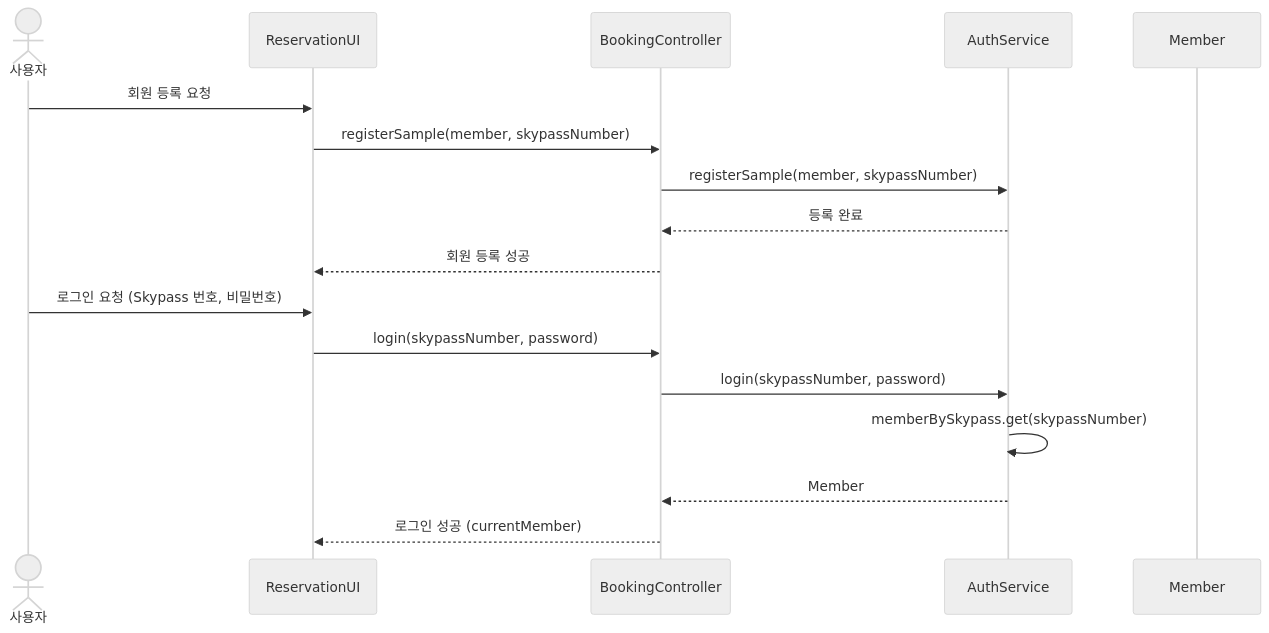
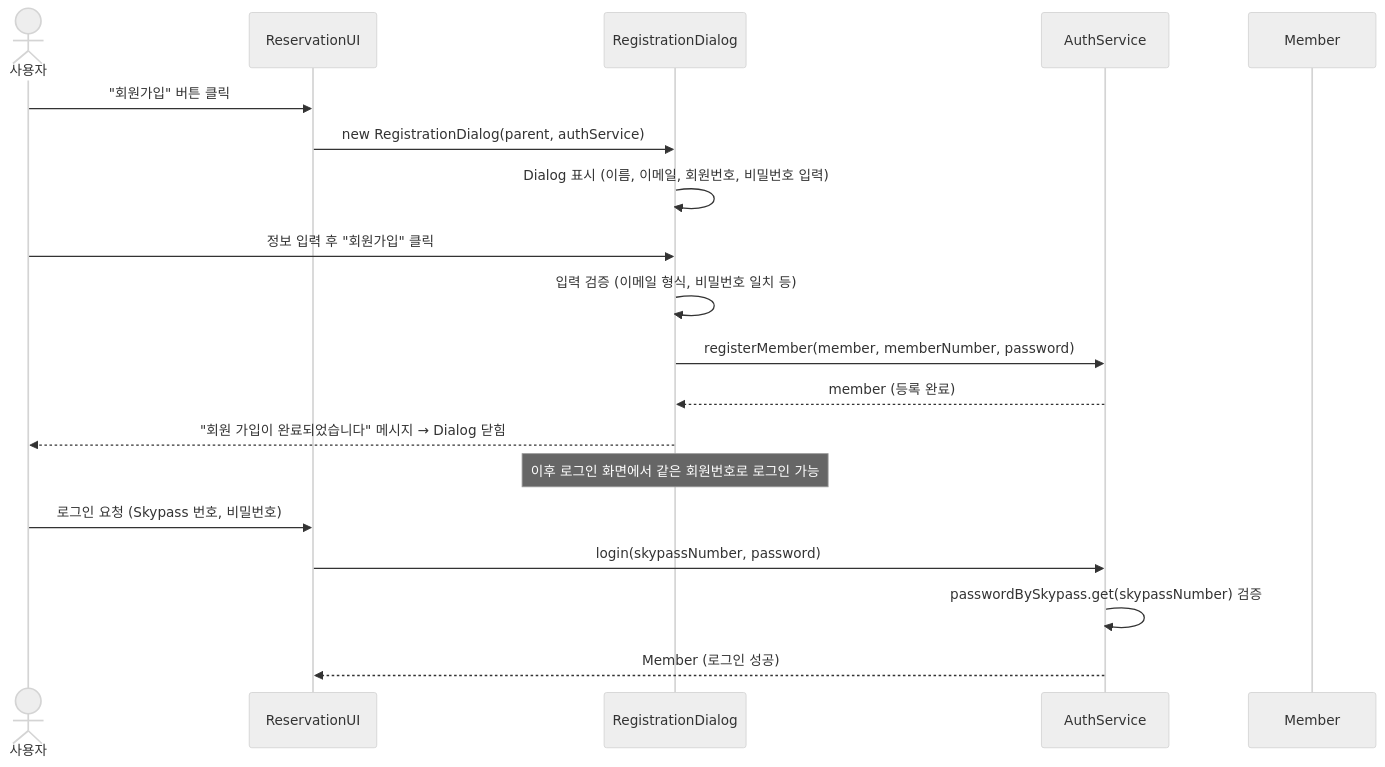
One commit to HANDONGLJH/KoreanAirReservationDomain changed the sixth of 10 diagrams in docs/proposal-0/proposal-0-feature-inventory-ko.md. Above: the diagram before and after it, drawn with Mermaid (neutral theme). The commit also changed other lines of this file, not shown here.

Commit message:
docs(iter1): update proposal to reflect actual implementation
- 3.1: Member registration now describes RegistrationDialog + registerMember
- 5.2: Class diagram updated with RegistrationDialog, passwordBySkypass,
  correct Member attributes (memberNumber, name, email)
- 5.3.1: Sequence diagram shows RegistrationDialog flow instead of registerSample
- 6.1: Added member registration step to scenario
- 6.2: Added RegistrationDialog to package table
- 6.4: AuthService row reflects registerMember method

````diff
--- a/docs/proposal-0/proposal-0-feature-inventory-ko.md
+++ b/docs/proposal-0/proposal-0-feature-inventory-ko.md
@@ -536,21 +546,24 @@
 ```mermaid
 sequenceDiagram
     actor 사용자
     participant UI as ReservationUI
-    participant BC as BookingController
+    participant RD as RegistrationDialog
     participant AS as AuthService
     participant M as Member
 
-    사용자->>UI: 회원 등록 요청
-    UI->>BC: registerSample(member, skypassNumber)
-    BC->>AS: registerSample(member, skypassNumber)
-    AS-->>BC: 등록 완료
-    BC-->>UI: 회원 등록 성공
+    사용자->>UI: "회원가입" 버튼 클릭
+    UI->>RD: new RegistrationDialog(parent, authService)
+    RD->>RD: Dialog 표시 (이름, 이메일, 회원번호, 비밀번호 입력)
+    사용자->>RD: 정보 입력 후 "회원가입" 클릭
+    RD->>RD: 입력 검증 (이메일 형식, 비밀번호 일치 등)
+    RD->>AS: registerMember(member, memberNumber, password)
+    AS-->>RD: member (등록 완료)
+    RD-->>사용자: "회원 가입이 완료되었습니다" 메시지 → Dialog 닫힘
+
+    Note over RD: 이후 로그인 화면에서 같은 회원번호로 로그인 가능
 
     사용자->>UI: 로그인 요청 (Skypass 번호, 비밀번호)
-    UI->>BC: login(skypassNumber, password)
-    BC->>AS: login(skypassNumber, password)
-    AS->>AS: memberBySkypass.get(skypassNumber)
-    AS-->>BC: Member
-    BC-->>UI: 로그인 성공 (currentMember)
+    UI->>AS: login(skypassNumber, password)
+    AS->>AS: passwordBySkypass.get(skypassNumber) 검증
+    AS-->>UI: Member (로그인 성공)
 ```
````
